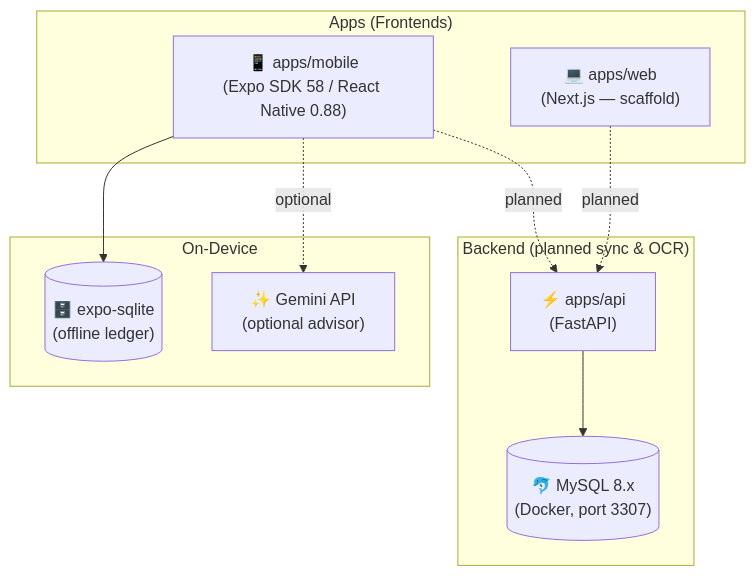
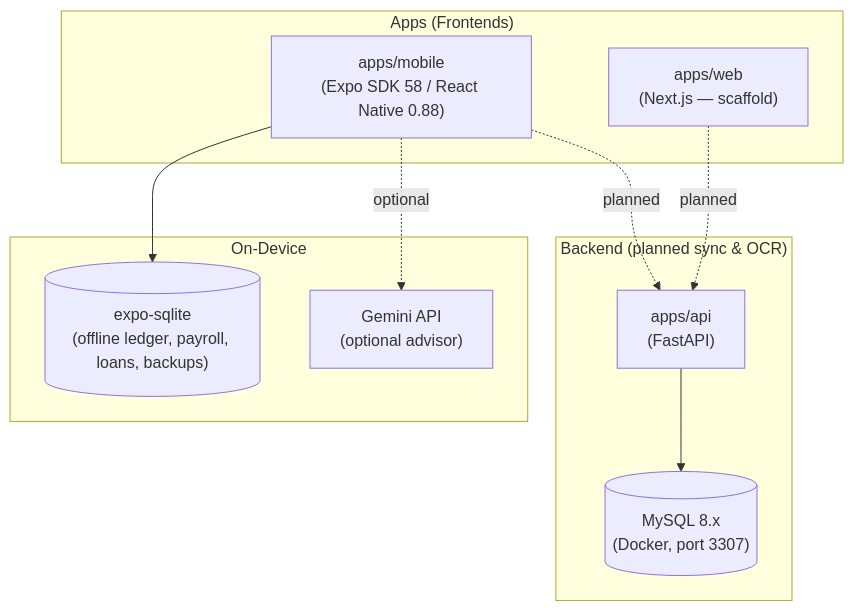
Before and after one commit to TheGreatL/Finance-Tracker: the diagram in README.md, drawn with Mermaid. The commit also changed other lines of this file, not shown here.

````diff
--- a/README.md
+++ b/README.md
@@ -91,23 +114,23 @@
 ```mermaid
 graph TD
     subgraph Clients ["Apps (Frontends)"]
-        Mobile["📱 apps/mobile<br/>(Expo SDK 58 / React Native 0.88)"]
-        Web["💻 apps/web<br/>(Next.js — scaffold)"]
+        Mobile["apps/mobile<br/>(Expo SDK 58 / React Native 0.88)"]
+        Web["apps/web<br/>(Next.js — scaffold)"]
     end
 
     subgraph Local ["On-Device"]
-        SQLite[("🗄️ expo-sqlite<br/>(offline ledger)")]
-        Gemini["✨ Gemini API<br/>(optional advisor)"]
+        SQLite[("expo-sqlite<br/>(offline ledger, payroll, loans, backups)")]
+        Gemini["Gemini API<br/>(optional advisor)"]
     end
 
     subgraph Backend ["Backend (planned sync & OCR)"]
-        API["⚡ apps/api<br/>(FastAPI)"]
-        DB[("🐬 MySQL 8.x<br/>(Docker, port 3307)")]
+        API["apps/api<br/>(FastAPI)"]
+        DB[("MySQL 8.x<br/>(Docker, port 3307)")]
     end
 
     Mobile --> SQLite
     Mobile -.->|"optional"| Gemini
     Mobile -.->|"planned"| API
     Web -.->|"planned"| API
     API --> DB
 ```
````
